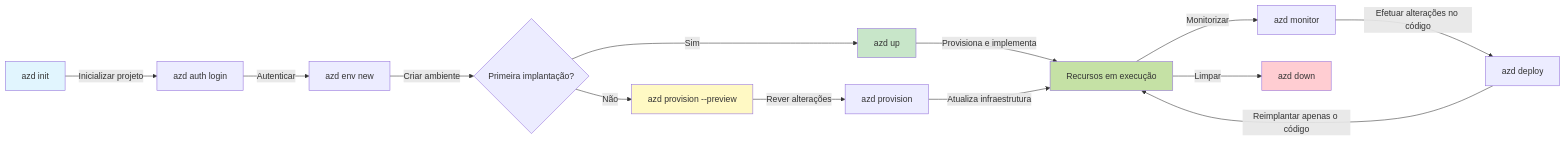
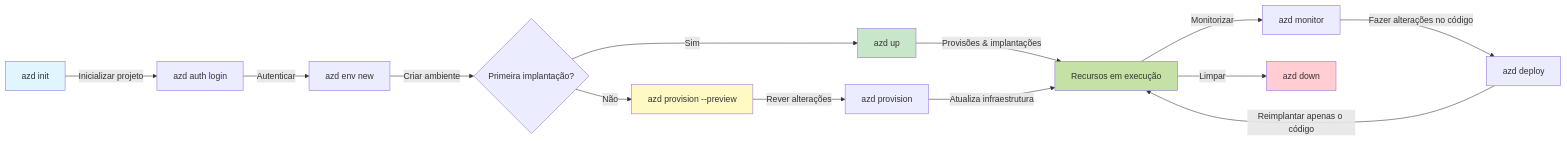
One commit to microsoft/AZD-for-beginners changed the first of 2 diagrams in translations/pt-PT/docs/chapter-01-foundation/azd-basics.md. Above: the diagram before and after it, drawn with Mermaid. The commit also changed other lines of this file and 101 other files, not shown here.

````diff
--- a/translations/pt-PT/docs/chapter-01-foundation/azd-basics.md
+++ b/translations/pt-PT/docs/chapter-01-foundation/azd-basics.md
@@ -254,21 +269,21 @@
 ```mermaid
 graph LR
     A[azd init] -->|Inicializar projeto| B[azd auth login]
     B -->|Autenticar| C[azd env new]
     C -->|Criar ambiente| D{Primeira implantação?}
     D -->|Sim| E[azd up]
     D -->|Não| F[azd provision --preview]
     F -->|Rever alterações| G[azd provision]
-    E -->|Provisiona e implementa| H[Recursos em execução]
+    E -->|Provisões & implantações| H[Recursos em execução]
     G -->|Atualiza infraestrutura| H
     H -->|Monitorizar| I[azd monitor]
-    I -->|Efetuar alterações no código| J[azd deploy]
+    I -->|Fazer alterações no código| J[azd deploy]
     J -->|Reimplantar apenas o código| H
     H -->|Limpar| K[azd down]
     
     style A fill:#e1f5fe
     style E fill:#c8e6c9
     style F fill:#fff9c4
     style H fill:#c5e1a5
     style K fill:#ffcdd2
 ```
````
